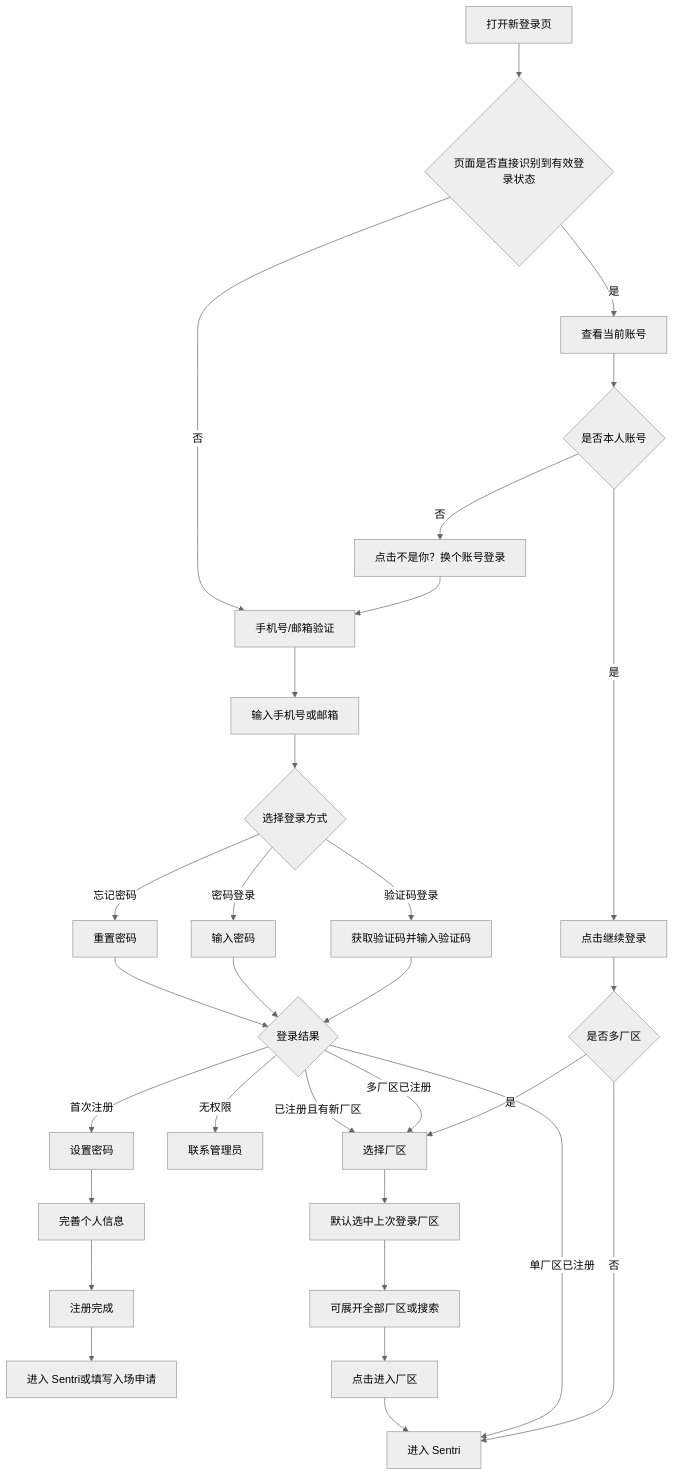
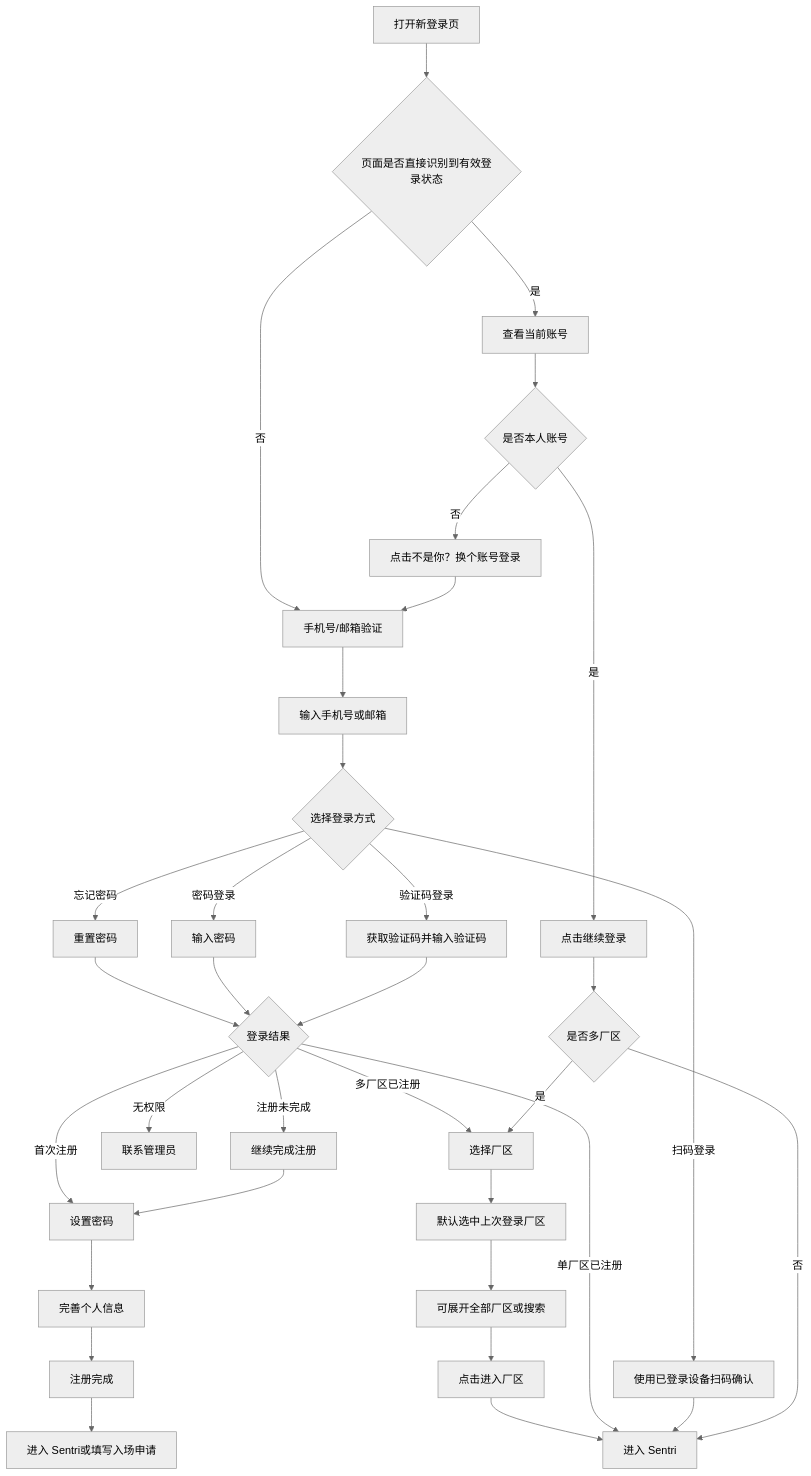
One commit to 91Dhua/Vaccine changed the second of 2 diagrams in prds/saas-login/04-新登录流程-PRD.md. Above: the diagram before and after it, drawn with Mermaid (neutral theme). The commit also changed other lines of this file and 38 other files, not shown here.

````diff
--- a/prds/saas-login/04-新登录流程-PRD.md
+++ b/prds/saas-login/04-新登录流程-PRD.md
@@ -137,38 +135,41 @@
 ```mermaid
 flowchart TD
   A["打开新登录页"] --> B{"页面是否直接识别到有效登录状态"}
 
   B -- "是" --> C["查看当前账号"]
   C --> C1{"是否本人账号"}
   C1 -- "是" --> C2["点击继续登录"]
   C2 --> C3{"是否多厂区"}
   C3 -- "否" --> Z["进入 Sentri"]
   C3 -- "是" --> D["选择厂区"]
   C1 -- "否" --> C4["点击不是你？换个账号登录"]
   C4 --> E["手机号/邮箱验证"]
 
   B -- "否" --> E
   E --> F["输入手机号或邮箱"]
   F --> G{"选择登录方式"}
   G -- "验证码登录" --> H["获取验证码并输入验证码"]
   G -- "密码登录" --> I["输入密码"]
+  G -- "扫码登录" --> Q["使用已登录设备扫码确认"]
   G -- "忘记密码" --> J["重置密码"]
 
   H --> K{"登录结果"}
   I --> K
+  Q --> Z
   J --> K
 
   K -- "无权限" --> L["联系管理员"]
+  K -- "注册未完成" --> R["继续完成注册"]
+  R --> M
   K -- "首次注册" --> M["设置密码"]
   M --> N["完善个人信息"]
   N --> O["注册完成"]
   O --> O1["进入 Sentri或填写入场申请"]
 
   K -- "单厂区已注册" --> Z
   K -- "多厂区已注册" --> D
-  K -- "已注册且有新厂区" --> D
   D --> D1["默认选中上次登录厂区"]
   D1 --> D2["可展开全部厂区或搜索"]
   D2 --> D3["点击进入厂区"]
   D3 --> Z
 ```
````
